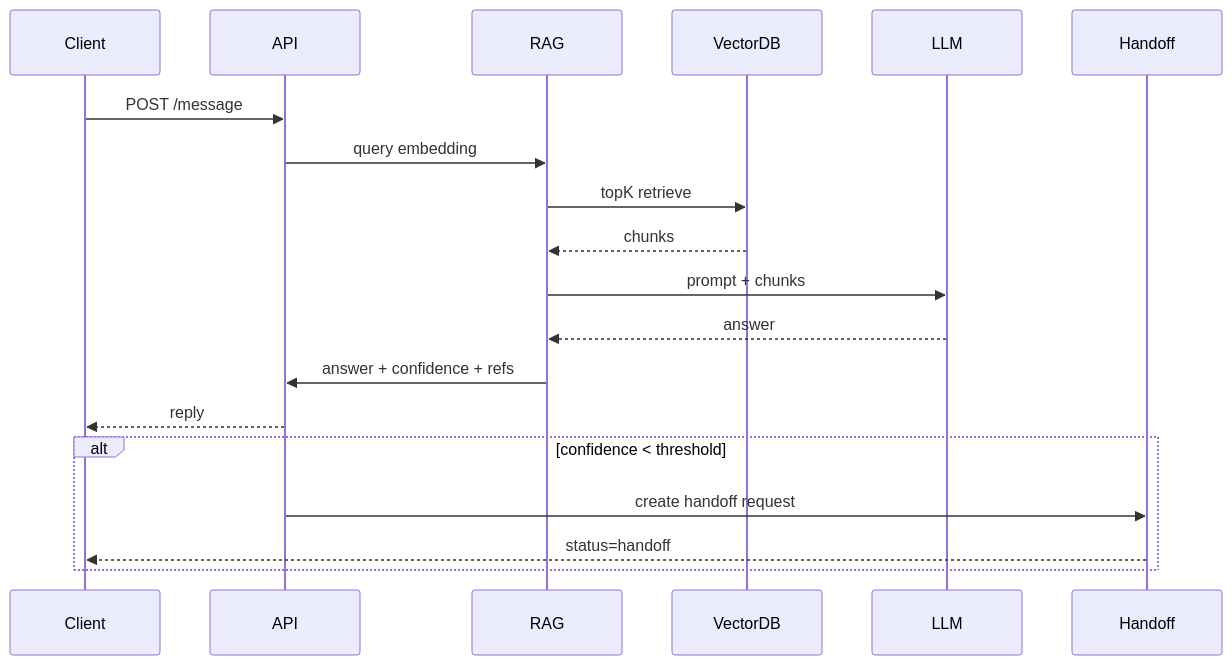
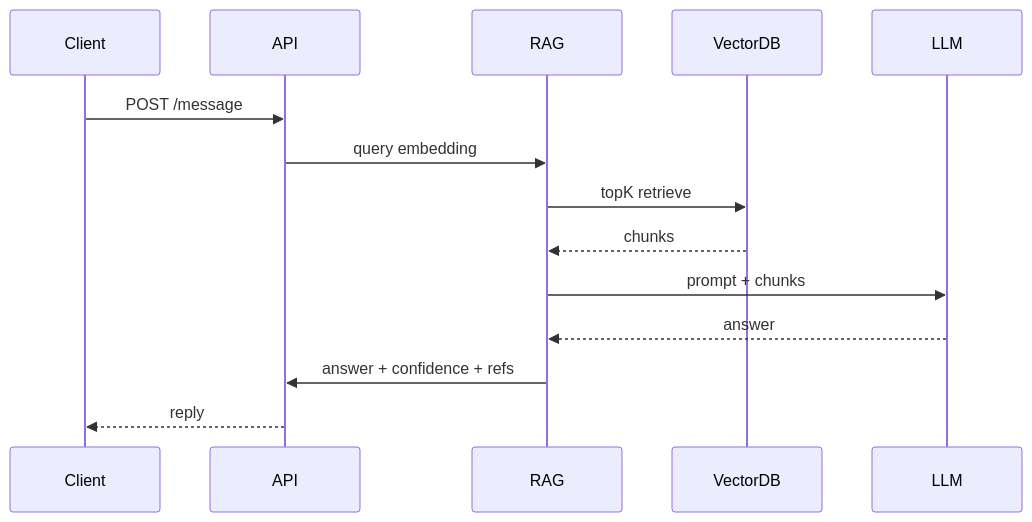
One commit to ZTH7/RAGDesk changed the second of 2 diagrams in docs/Architecture.md. Above: the diagram before and after it, drawn with Mermaid. The commit also changed other lines of this file and 20 other files, not shown here.

````diff
--- a/docs/Architecture.md
+++ b/docs/Architecture.md
@@ -55,23 +95,17 @@
 ```mermaid
 sequenceDiagram
 participant Client
 participant API
 participant RAG
 participant VectorDB
 participant LLM
-participant Handoff
 
 Client->>API: POST /message
 API->>RAG: query embedding
 RAG->>VectorDB: topK retrieve
 VectorDB-->>RAG: chunks
 RAG->>LLM: prompt + chunks
 LLM-->>RAG: answer
 RAG->>API: answer + confidence + refs
 API-->>Client: reply
-
-alt confidence < threshold
-  API->>Handoff: create handoff request
-  Handoff-->>Client: status=handoff
-end
 ```
````
